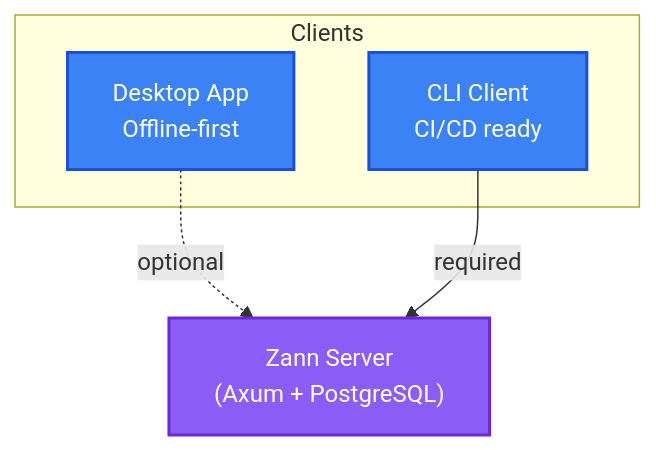
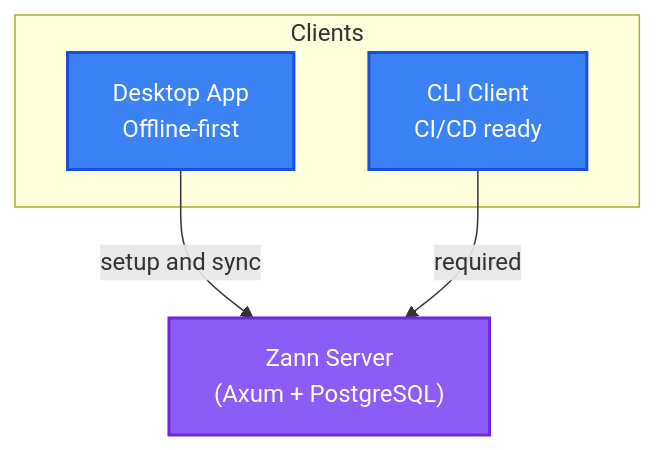
Before and after one commit to constXife/zann: the diagram in README.md, drawn with Mermaid. The commit also changed other lines of this file and 128 other files, not shown here.

````diff
--- a/README.md
+++ b/README.md
@@ -97,18 +103,18 @@
 ```mermaid
 flowchart TB
     subgraph Clients["Clients"]
         Desktop["Desktop App<br/>Offline-first"]
         CLI["CLI Client<br/>CI/CD ready"]
     end
 
     Server["Zann Server<br/>(Axum + PostgreSQL)"]
 
-    Desktop -.->|optional| Server
+    Desktop -->|setup and sync| Server
     CLI -->|required| Server
 
     classDef clientBox fill:#3b82f6,stroke:#1d4ed8,stroke-width:2px,color:#fff
     classDef serverBox fill:#8b5cf6,stroke:#6d28d9,stroke-width:2px,color:#fff
 
     class Desktop,CLI clientBox
     class Server serverBox
 ```
````
